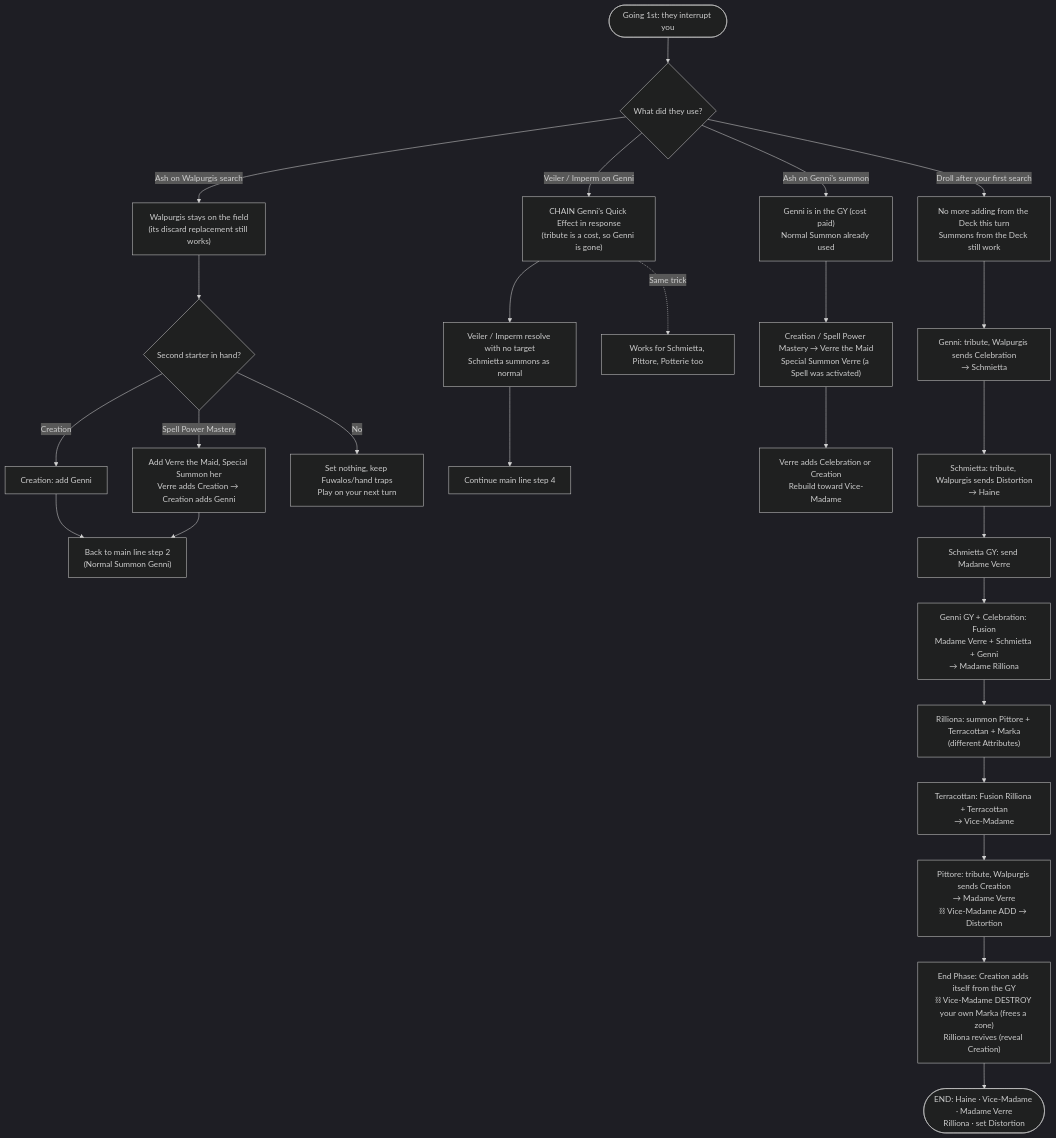
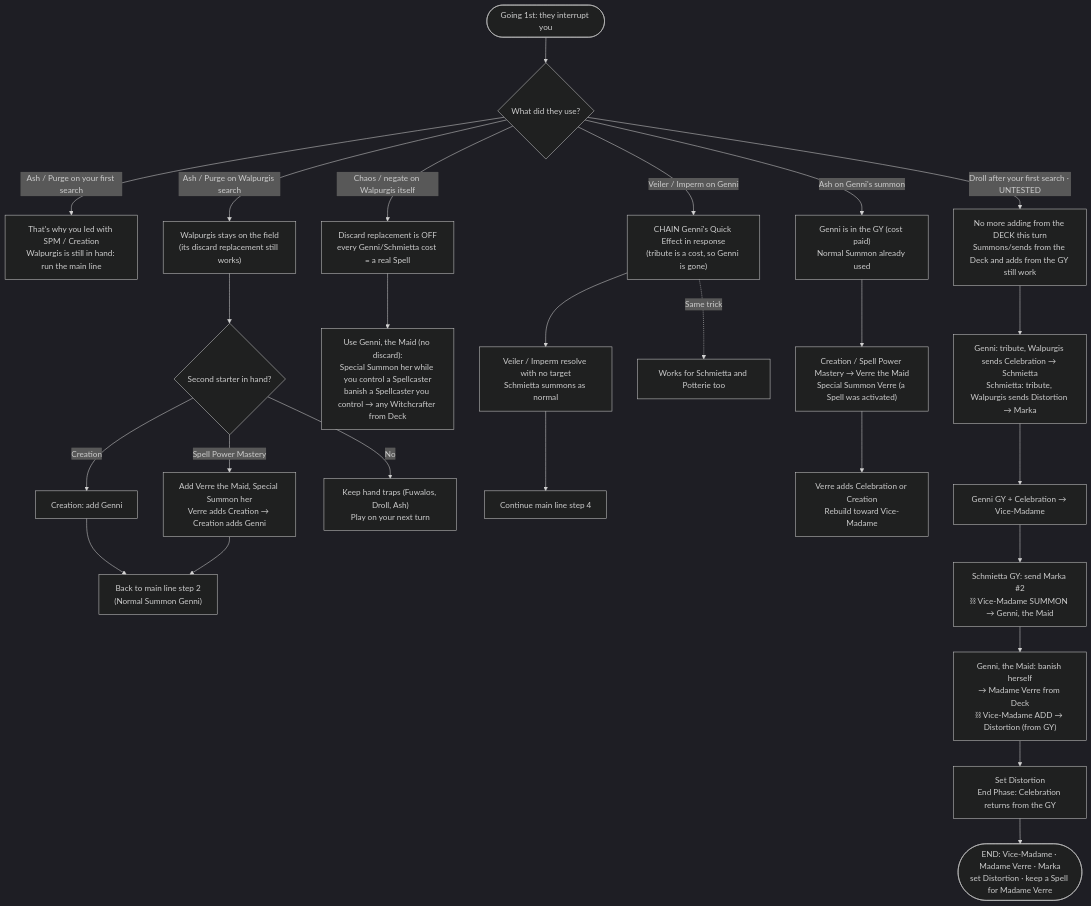
The second of 3 diagrams in Writerside/topics/Master-duel/Witchcrafter.md (LewisIsWorking/PathWarsWiki), drawn with Mermaid (dark theme) before and after one commit. The commit also changed other lines of this file, not shown here.

First line of the commit message:
Witchcrafter: flowcharts updated for the 1701 list

````diff
--- a/Writerside/topics/Master-duel/Witchcrafter.md
+++ b/Writerside/topics/Master-duel/Witchcrafter.md
@@ -85,32 +85,33 @@
 ```mermaid
 flowchart TD
     START(["Going 1st: they interrupt you"]) --> Q{"What did they use?"}
 
-    Q -->|"Ash on Walpurgis search"| A1["Walpurgis stays on the field<br/>(its discard replacement still works)"]
+    Q -->|"Ash / Purge on your first search"| A0["That's why you led with SPM / Creation<br/>Walpurgis is still in hand: run the main line"]
+    Q -->|"Ash / Purge on Walpurgis search"| A1["Walpurgis stays on the field<br/>(its discard replacement still works)"]
     A1 --> A2{"Second starter in hand?"}
     A2 -->|"Creation"| A3["Creation: add Genni"]
     A2 -->|"Spell Power Mastery"| A4["Add Verre the Maid, Special Summon her<br/>Verre adds Creation → Creation adds Genni"]
-    A2 -->|"No"| A5["Set nothing, keep Fuwalos/hand traps<br/>Play on your next turn"]
+    A2 -->|"No"| A5["Keep hand traps (Fuwalos, Droll, Ash)<br/>Play on your next turn"]
     A3 --> MAIN["Back to main line step 2<br/>(Normal Summon Genni)"]
     A4 --> MAIN
+
+    Q -->|"Chaos / negate on Walpurgis itself"| C1["Discard replacement is OFF<br/>every Genni/Schmietta cost = a real Spell"]
+    C1 --> C2["Use Genni, the Maid (no discard):<br/>Special Summon her while you control a Spellcaster<br/>banish a Spellcaster you control → any Witchcrafter from Deck"]
 
     Q -->|"Veiler / Imperm on Genni"| V1["CHAIN Genni's Quick Effect in response<br/>(tribute is a cost, so Genni is gone)"]
     V1 --> V2["Veiler / Imperm resolve with no target<br/>Schmietta summons as normal"]
     V2 --> MAIN2["Continue main line step 4"]
-    V1 -.->|"Same trick"| V3["Works for Schmietta, Pittore, Potterie too"]
+    V1 -.->|"Same trick"| V3["Works for Schmietta and Potterie too"]
 
     Q -->|"Ash on Genni's summon"| N1["Genni is in the GY (cost paid)<br/>Normal Summon already used"]
     N1 --> N2["Creation / Spell Power Mastery → Verre the Maid<br/>Special Summon Verre (a Spell was activated)"]
     N2 --> N3["Verre adds Celebration or Creation<br/>Rebuild toward Vice-Madame"]
 
-    Q -->|"Droll after your first search"| D1["No more adding from the Deck this turn<br/>Summons from the Deck still work"]
-    D1 --> D2["Genni: tribute, Walpurgis sends Celebration<br/>→ Schmietta"]
-    D2 --> D3["Schmietta: tribute, Walpurgis sends Distortion<br/>→ Haine"]
-    D3 --> D4["Schmietta GY: send Madame Verre"]
-    D4 --> D5["Genni GY + Celebration: Fusion<br/>Madame Verre + Schmietta + Genni<br/>→ Madame Rilliona"]
-    D5 --> D6["Rilliona: summon Pittore + Terracottan + Marka<br/>(different Attributes)"]
-    D6 --> D7["Terracottan: Fusion Rilliona + Terracottan<br/>→ Vice-Madame"]
-    D7 --> D8["Pittore: tribute, Walpurgis sends Creation<br/>→ Madame Verre<br/>⛓ Vice-Madame ADD → Distortion"]
-    D8 --> D9["End Phase: Creation adds itself from the GY<br/>⛓ Vice-Madame DESTROY your own Marka (frees a zone)<br/>Rilliona revives (reveal Creation)"]
-    D9 --> D10(["END: Haine · Vice-Madame · Madame Verre<br/>Rilliona · set Distortion"])
+    Q -->|"Droll after your first search · UNTESTED"| D1["No more adding from the DECK this turn<br/>Summons/sends from the Deck and adds from the GY still work"]
+    D1 --> D2["Genni: tribute, Walpurgis sends Celebration → Schmietta<br/>Schmietta: tribute, Walpurgis sends Distortion → Marka"]
+    D2 --> D3["Genni GY + Celebration → Vice-Madame"]
+    D3 --> D4["Schmietta GY: send Marka #2<br/>⛓ Vice-Madame SUMMON → Genni, the Maid"]
+    D4 --> D5["Genni, the Maid: banish herself<br/>→ Madame Verre from Deck<br/>⛓ Vice-Madame ADD → Distortion (from GY)"]
+    D5 --> D6["Set Distortion<br/>End Phase: Celebration returns from the GY"]
+    D6 --> D7(["END: Vice-Madame · Madame Verre · Marka<br/>set Distortion · keep a Spell for Madame Verre"])
 ```
````
